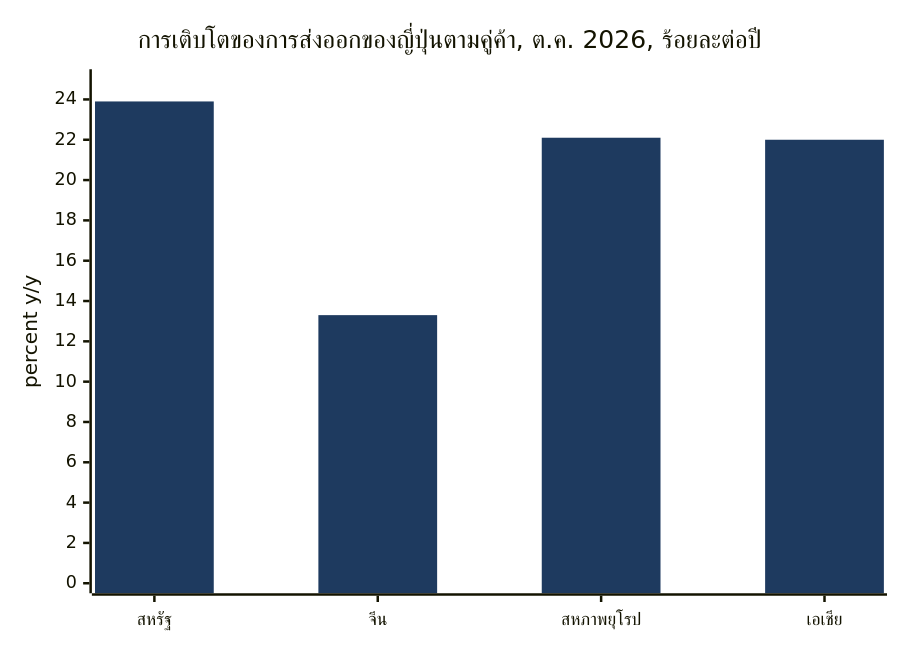
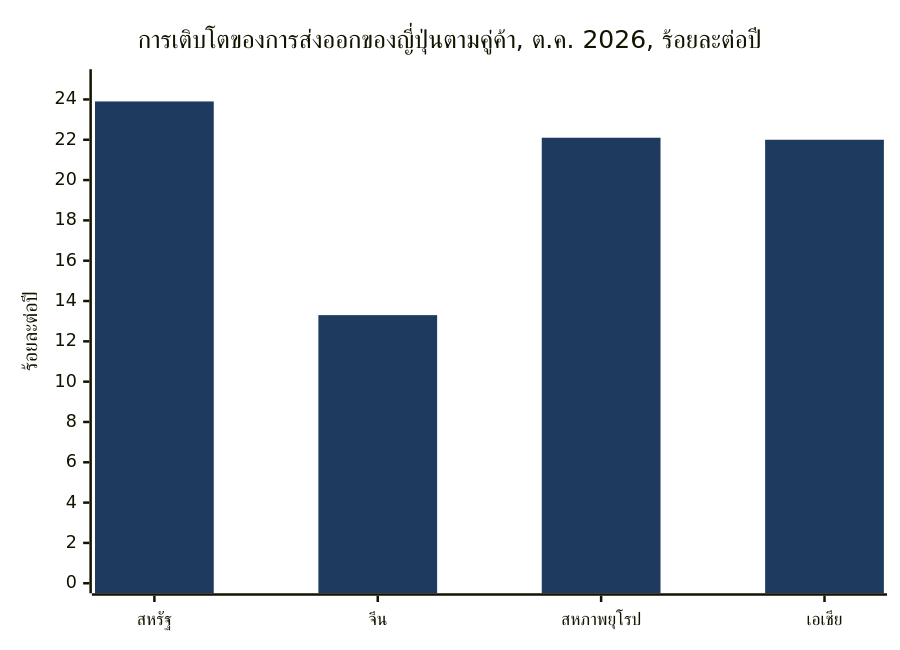
One commit to dureach/research changed the fifth of 15 diagrams in Global-Trade-Intelligence-weekly-2026-11-23/index.th.md. Above: the diagram before and after it, drawn with Mermaid. The commit also changed other lines of this file and 5 other files, not shown here.

````diff
--- a/Global-Trade-Intelligence-weekly-2026-11-23/index.th.md
+++ b/Global-Trade-Intelligence-weekly-2026-11-23/index.th.md
@@ -419,8 +419,8 @@
 ```mermaid
 %%{init: {'theme': 'base', 'themeVariables': {'xyChart': {'plotColorPalette': '#1e3a5f'}}}}%%
 xychart-beta
     title "การเติบโตของการส่งออกของญี่ปุ่นตามคู่ค้า, ต.ค. 2026, ร้อยละต่อปี"
     x-axis ["สหรัฐ", "จีน", "สหภาพยุโรป", "เอเชีย"]
-    y-axis "percent y/y" 0 --> 25
+    y-axis "ร้อยละต่อปี" 0 --> 25
     bar [23.9, 13.3, 22.1, 22.0]
 ```
````
